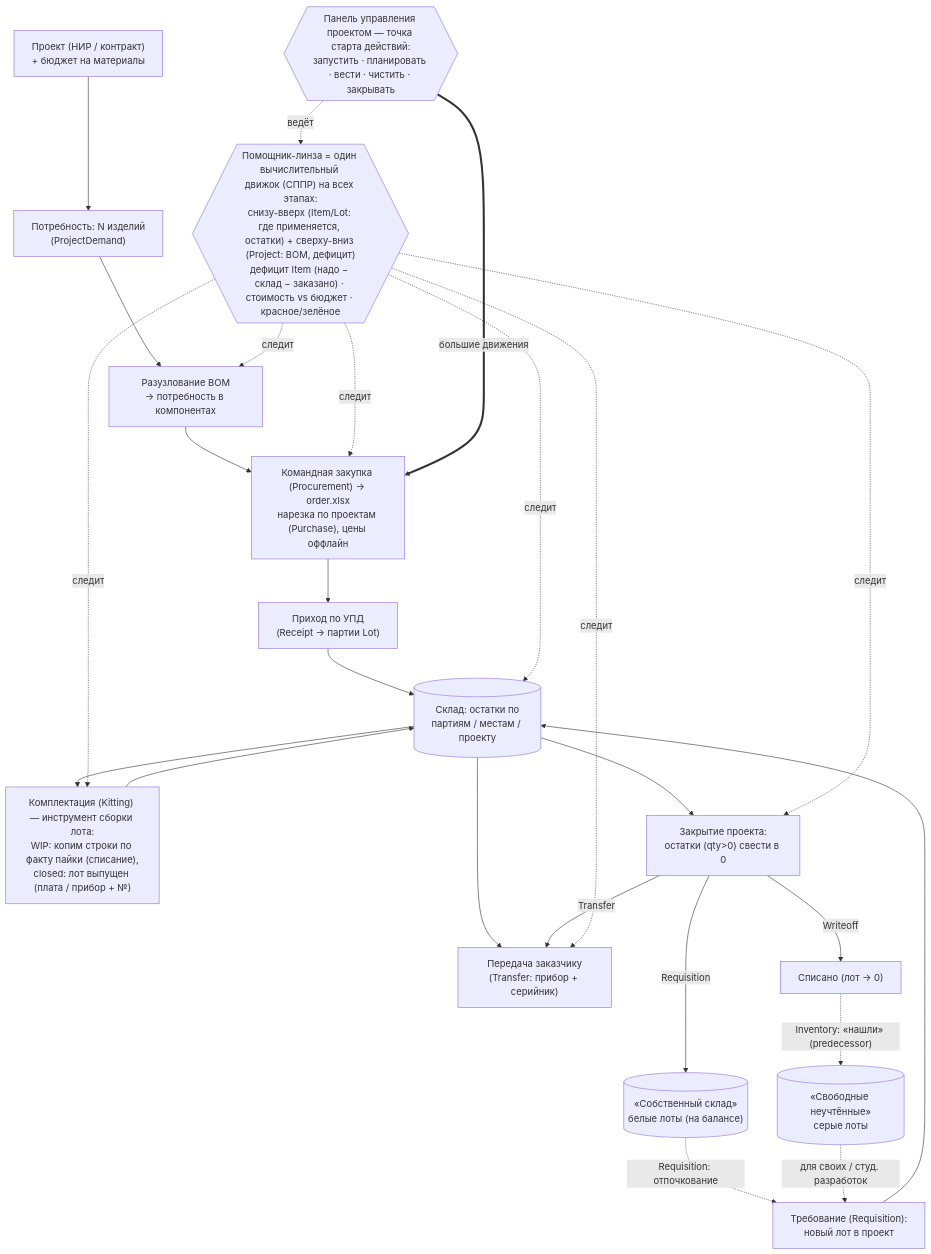
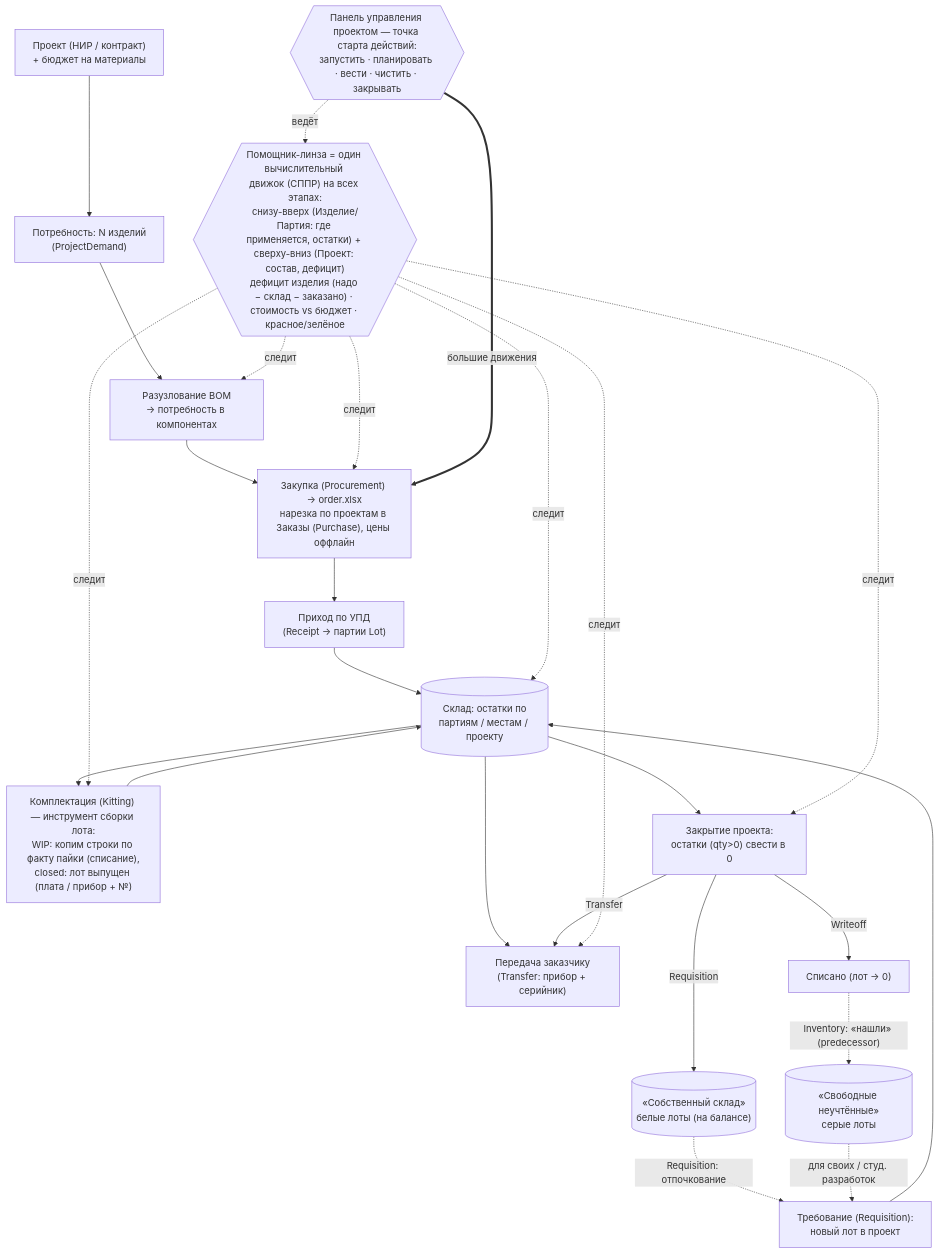
Before and after one commit to ivanpotylitcyn/plume: the first of 2 diagrams in README.md, drawn with Mermaid. The commit also changed other lines of this file and 3 other files, not shown here.

````diff
--- a/README.md
+++ b/README.md
@@ -44,34 +87,34 @@
 ```mermaid
 flowchart TD
   P["Проект (НИР / контракт)<br/>+ бюджет на материалы"] --> D["Потребность: N изделий<br/>(ProjectDemand)"]
   D --> B["Разузлование BOM<br/>→ потребность в компонентах"]
-  B --> ORD["Командная закупка (Procurement) → order.xlsx<br/>нарезка по проектам (Purchase), цены оффлайн"]
+  B --> ORD["Закупка (Procurement) → order.xlsx<br/>нарезка по проектам в Заказы (Purchase), цены оффлайн"]
   ORD --> UPD["Приход по УПД<br/>(Receipt → партии Lot)"]
   UPD --> W
 
   W[("Склад: остатки по<br/>партиям / местам / проекту")]
   W --> KIT["Комплектация (Kitting) — инструмент сборки лота:<br/>WIP: копим строки по факту пайки (списание),<br/>closed: лот выпущен (плата / прибор + №)"]
   KIT --> W
   W --> T["Передача заказчику<br/>(Transfer: прибор + серийник)"]
 
   W --> CLOSE["Закрытие проекта:<br/>остатки (qty>0) свести в 0"]
   CLOSE -->|Transfer| T
   CLOSE -->|Writeoff| WOFF["Списано (лот → 0)"]
   CLOSE -->|Requisition| WHITE[("«Собственный склад»<br/>белые лоты (на балансе)")]
   WOFF -.->|"Inventory: «нашли» (predecessor)"| GRAY[("«Свободные неучтённые»<br/>серые лоты")]
 
   WHITE -.->|"Requisition: отпочкование"| REQ["Требование (Requisition):<br/>новый лот в проект"]
   GRAY -.->|"для своих / студ. разработок"| REQ
   REQ --> W
 
-  LENS{{"Помощник-линза = один вычислительный движок (СППР) на всех этапах:<br/>снизу-вверх (Item/Lot: где применяется, остатки) + сверху-вниз (Project: BOM, дефицит)<br/>дефицит Item (надо − склад − заказано) · стоимость vs бюджет · красное/зелёное"}}
+  LENS{{"Помощник-линза = один вычислительный движок (СППР) на всех этапах:<br/>снизу-вверх (Изделие/Партия: где применяется, остатки) + сверху-вниз (Проект: состав, дефицит)<br/>дефицит изделия (надо − склад − заказано) · стоимость vs бюджет · красное/зелёное"}}
   DASH{{"Панель управления проектом — точка старта действий:<br/>запустить · планировать · вести · чистить · закрывать"}}
   LENS -. следит .-> B
   LENS -. следит .-> ORD
   LENS -. следит .-> W
   LENS -. следит .-> KIT
   LENS -. следит .-> T
   LENS -. следит .-> CLOSE
   DASH -. ведёт .-> LENS
   DASH ==>|"большие движения"| ORD
 ```
````
